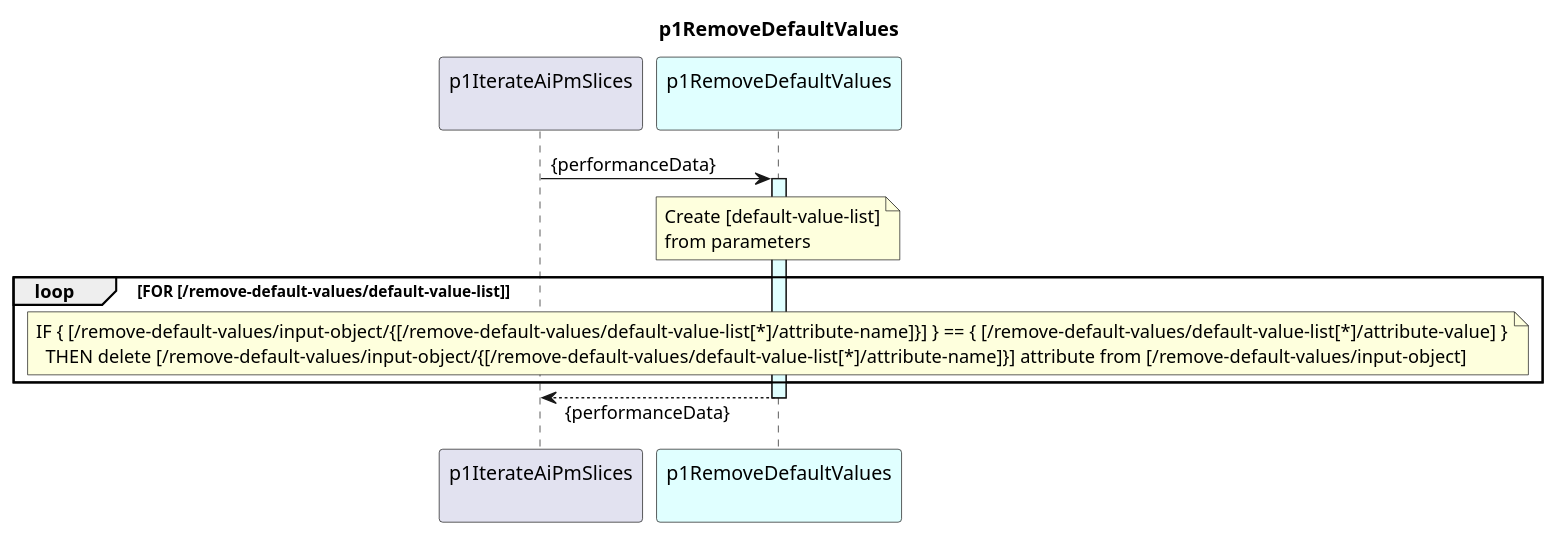
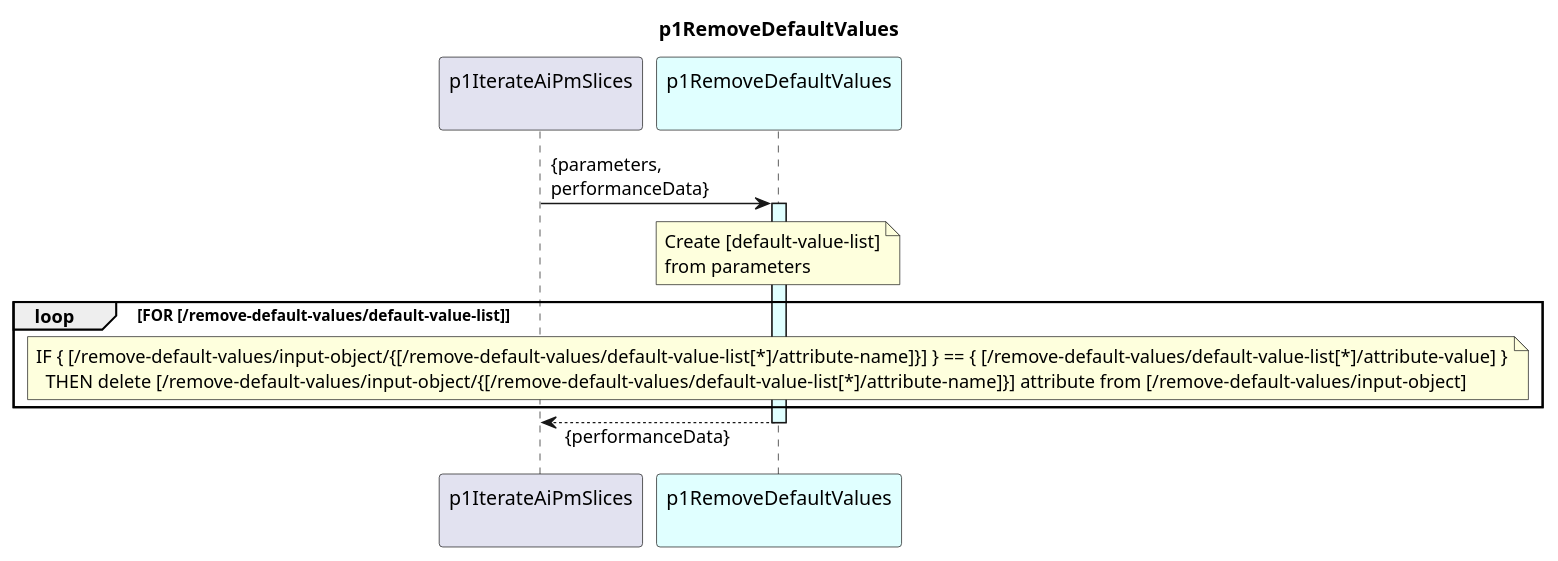
The diagram in spec/Functions/p1StreamPmData/p1ProcessDevice/p1CreateResultCc/p1IterateAiPmSlices/p1RemoveDefaultValues/1.0.0/p1RemoveDefaultValues.plantuml (openBackhaul/DevicePerformanceManagementDataProcessor), drawn with PlantUML before and after one commit. The commit also changed 10 other files, not shown here.

```diff
--- a/spec/Functions/p1StreamPmData/p1ProcessDevice/p1CreateResultCc/p1IterateAiPmSlices/p1RemoveDefaultValues/1.0.0/p1RemoveDefaultValues.plantuml
+++ b/spec/Functions/p1StreamPmData/p1ProcessDevice/p1CreateResultCc/p1IterateAiPmSlices/p1RemoveDefaultValues/1.0.0/p1RemoveDefaultValues.plantuml
@@ -1,32 +1,32 @@
 @startuml p1RemoveDefaultValues
 skinparam responseMessageBelowArrow true
 
 title
   p1RemoveDefaultValues
 end title
 
 participant "p1IterateAiPmSlices\n" as requestor
 participant "p1RemoveDefaultValues\n" as removeDefault #LightCyan
 
 
-  requestor -> removeDefault : {performanceData}
+  requestor -> removeDefault : {parameters,\nperformanceData}
   activate removeDefault #LightCyan
 
     note over removeDefault
       Create [default-value-list]
       from parameters
     end note
 
     loop FOR [/remove-default-values/default-value-list]
 
       note over removeDefault
         IF { [/remove-default-values/input-object/{[/remove-default-values/default-value-list[*]/attribute-name]}] } == { [/remove-default-values/default-value-list[*]/attribute-value] }
           THEN delete [/remove-default-values/input-object/{[/remove-default-values/default-value-list[*]/attribute-name]}] attribute from [/remove-default-values/input-object]
       end note
 
     end loop
 
   requestor <-- removeDefault: {performanceData}
   deactivate removeDefault
 
 @enduml
```
